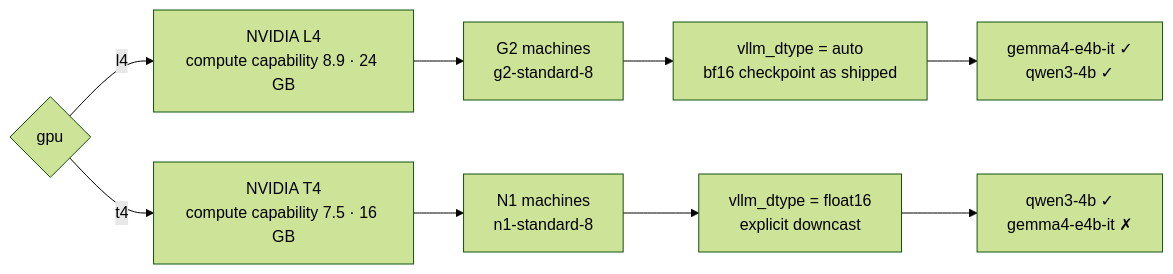
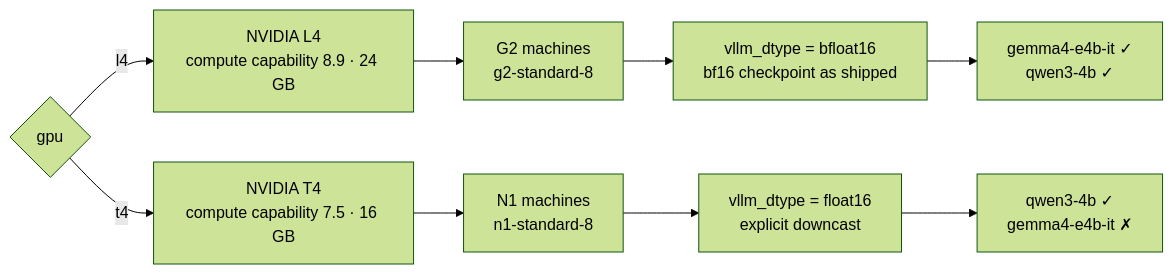
Before and after one commit to albertols/synthetic-llm-dataflow-bigquery: the fourth of 5 diagrams in dsg/terraform/README.md, drawn with Mermaid (forest theme). The commit also changed other lines of this file and 11 other files, not shown here.

````diff
--- a/dsg/terraform/README.md
+++ b/dsg/terraform/README.md
@@ -201,9 +203,9 @@
 ```mermaid
 flowchart LR
   gpu{gpu} -->|l4| l4["NVIDIA L4<br/>compute capability 8.9 · 24 GB"]
   gpu -->|t4| t4["NVIDIA T4<br/>compute capability 7.5 · 16 GB"]
-  l4 --> g2["G2 machines<br/>g2-standard-8"] --> auto["vllm_dtype = auto<br/>bf16 checkpoint as shipped"]
+  l4 --> g2["G2 machines<br/>g2-standard-8"] --> bf16["vllm_dtype = bfloat16<br/>bf16 checkpoint as shipped"]
   t4 --> n1["N1 machines<br/>n1-standard-8"] --> fp16["vllm_dtype = float16<br/>explicit downcast"]
-  auto --> ok1["gemma4-e4b-it ✓<br/>qwen3-4b ✓"]
+  bf16 --> ok1["gemma4-e4b-it ✓<br/>qwen3-4b ✓"]
   fp16 --> ok2["qwen3-4b ✓<br/>gemma4-e4b-it ✗"]
 ```
````
